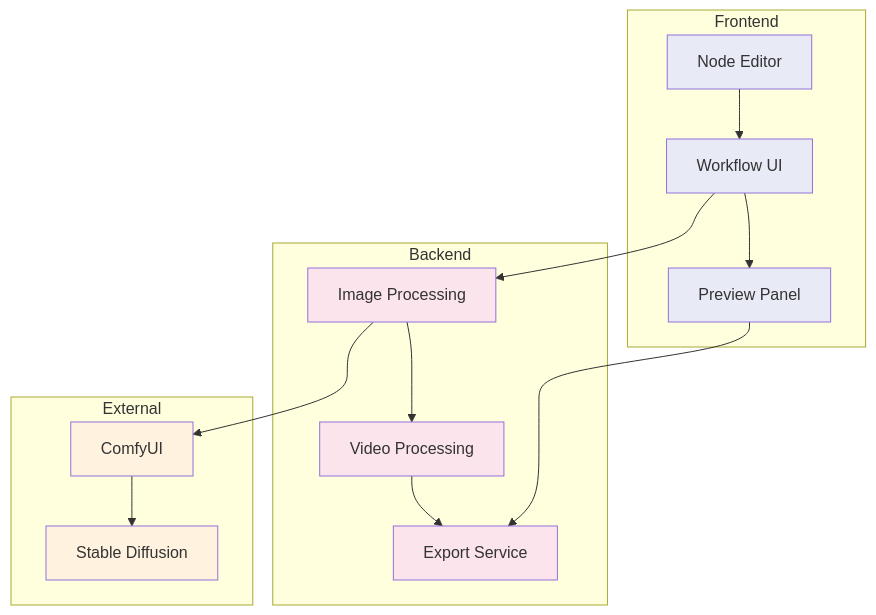
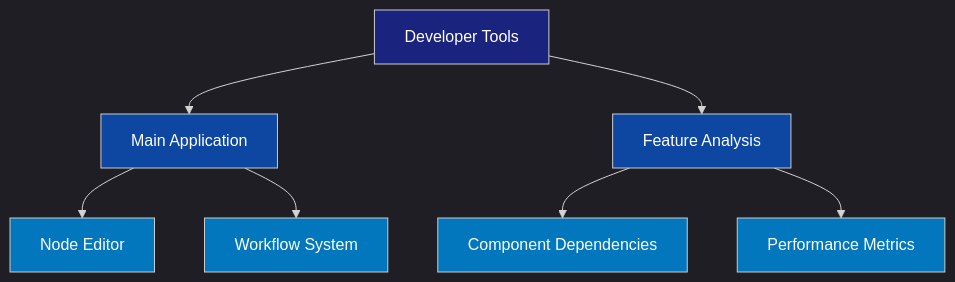
The seventh of 7 diagrams in instructions/task-visualization.md (subtillioN/imagN), drawn with Mermaid before and after one commit. The commit also changed other lines of this file and 43 other files, not shown here.

````diff
--- a/instructions/task-visualization.md
+++ b/instructions/task-visualization.md
@@ -85,29 +128,19 @@
 ```mermaid
-graph TB
-    subgraph Frontend
-        A[Node Editor] --> B[Workflow UI]
-        B --> C[Preview Panel]
-    end
+%%{init: {'theme':'dark'}}%%
+graph TD
+    A[Developer Tools] --> B[Main Application]
+    B --> C[Node Editor]
+    B --> D[Workflow System]
     
-    subgraph Backend
-        D[Image Processing] --> E[Video Processing]
-        E --> F[Export Service]
-    end
+    A --> E[Feature Analysis]
+    E --> F[Component Dependencies]
+    E --> G[Performance Metrics]
     
-    subgraph External
-        G[ComfyUI] --> H[Stable Diffusion]
-    end
-    
-    B --> D
-    C --> F
-    D --> G
-    
-    style A fill:#e8eaf6
-    style B fill:#e8eaf6
-    style C fill:#e8eaf6
-    style D fill:#fce4ec
-    style E fill:#fce4ec
-    style F fill:#fce4ec
-    style G fill:#fff3e0
-    style H fill:#fff3e0
+    style A fill:#1a237e,color:#ffffff
+    style B fill:#0d47a1,color:#ffffff
+    style C fill:#0277bd,color:#ffffff
+    style D fill:#0277bd,color:#ffffff
+    style E fill:#0d47a1,color:#ffffff
+    style F fill:#0277bd,color:#ffffff
+    style G fill:#0277bd,color:#ffffff
 ```
````
